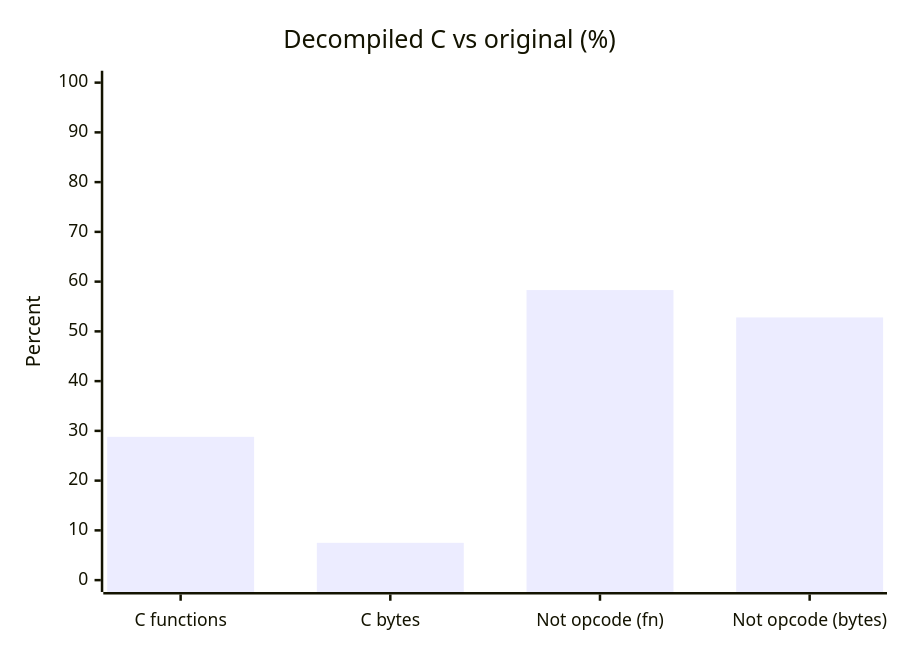
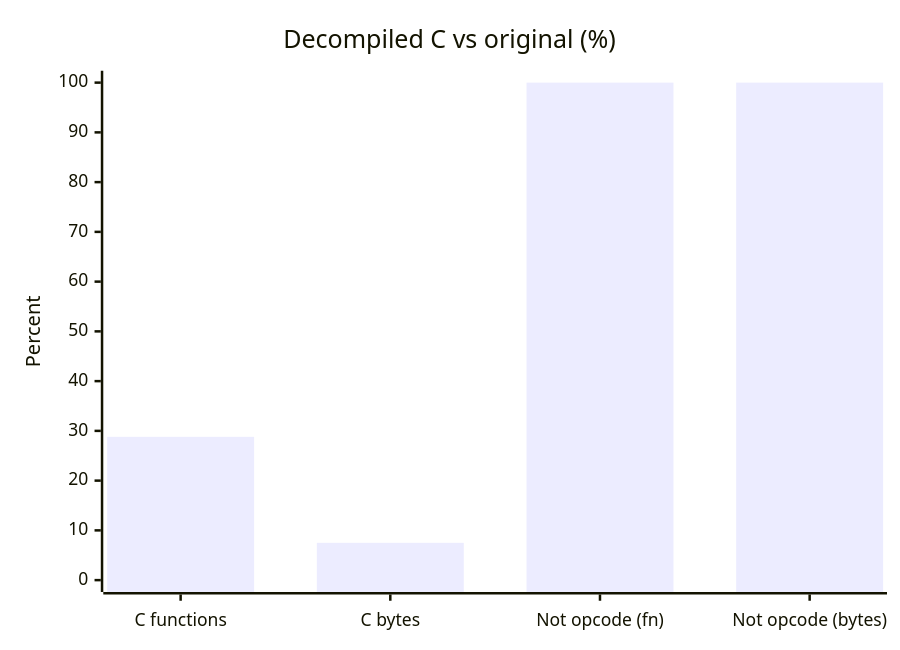
One commit to JesterWizard/beyblade_g_revolution changed the diagram in README.md. Above: the diagram before and after it, drawn with Mermaid. The commit also changed other lines of this file and 269 other files, not shown here.

````diff
--- a/README.md
+++ b/README.md
@@ -19,7 +19,7 @@
 ```mermaid
 xychart-beta
     title "Decompiled C vs original (%)"
     x-axis ["C functions", "C bytes", "Not opcode (fn)", "Not opcode (bytes)"]
     y-axis "Percent" 0 --> 100
-    bar [28.8, 7.5, 58.3, 52.8]
+    bar [28.8, 7.5, 100.0, 100.0]
 ```
````
